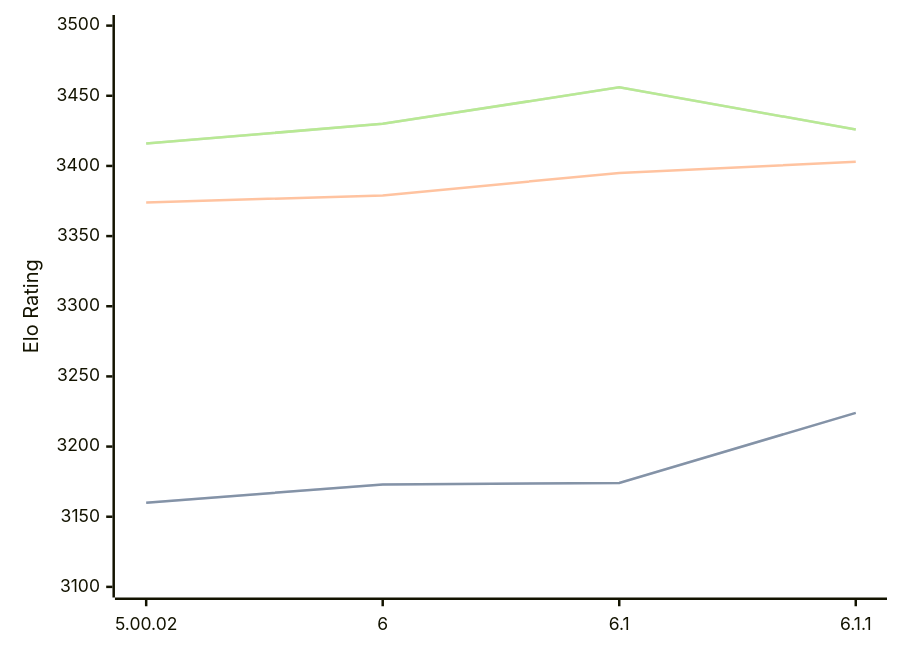
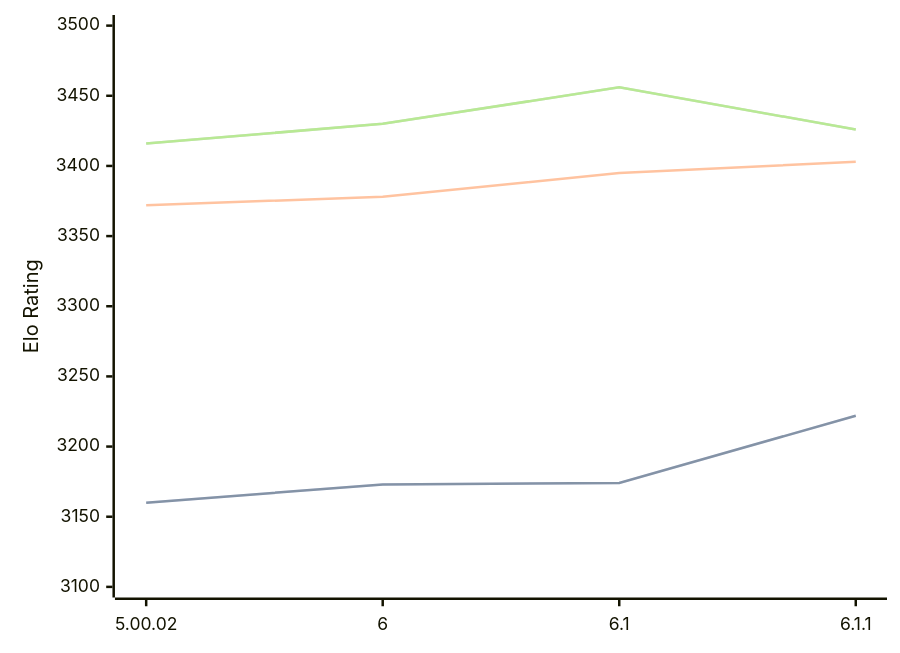
Before and after one commit to computer-chess-index/cci: the diagram in engines/Zangdar.md, drawn with Mermaid. The commit also changed other lines of this file, not shown here.

````diff
--- a/engines/Zangdar.md
+++ b/engines/Zangdar.md
@@ -46,11 +46,11 @@
 ```mermaid
 %%{init: {"theme":"base","themeVariables":{"seriesColors:['#a3a3a3','#222221','#faa371']}}}%%
 xychart-beta
   x-axis ["5.00.02", "6", "6.1", "6.1.1"]
   y-axis "Elo Rating" 3100 --> 3500
-  line "STC (8.0+0.08s)" [3160, 3173, 3174, 3224]
-  line "STC (8.0+0.08s)" [3160, 3173, 3174, 3224]
-  line "LTC (60.0+0.60s)" [3374, 3379, 3395, 3403]
+  line "STC (8.0+0.08s)" [3160, 3173, 3174, 3222]
+  line "STC (8.0+0.08s)" [3160, 3173, 3174, 3222]
+  line "LTC (60.0+0.60s)" [3372, 3378, 3395, 3403]
   line "VLTC (2m24s+1.12s)" [3416, 3430, 3456, 3426]
   line "VLTC (2m24s+1.12s)" [3416, 3430, 3456, 3426]
 ```
````
